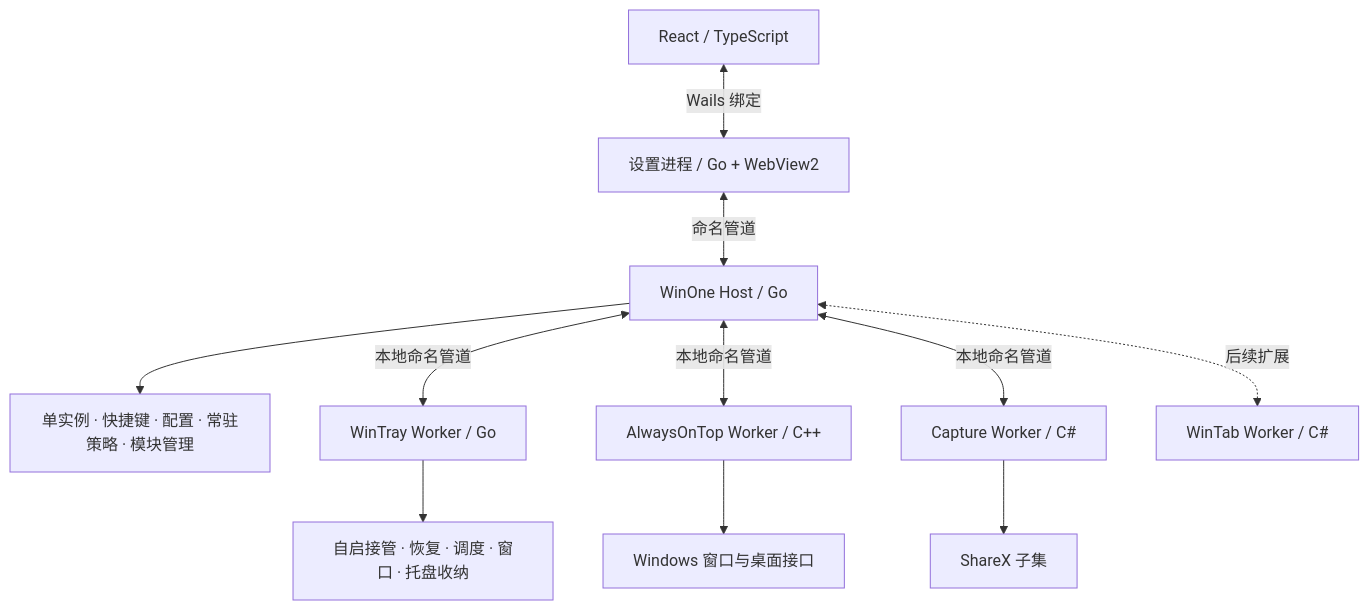
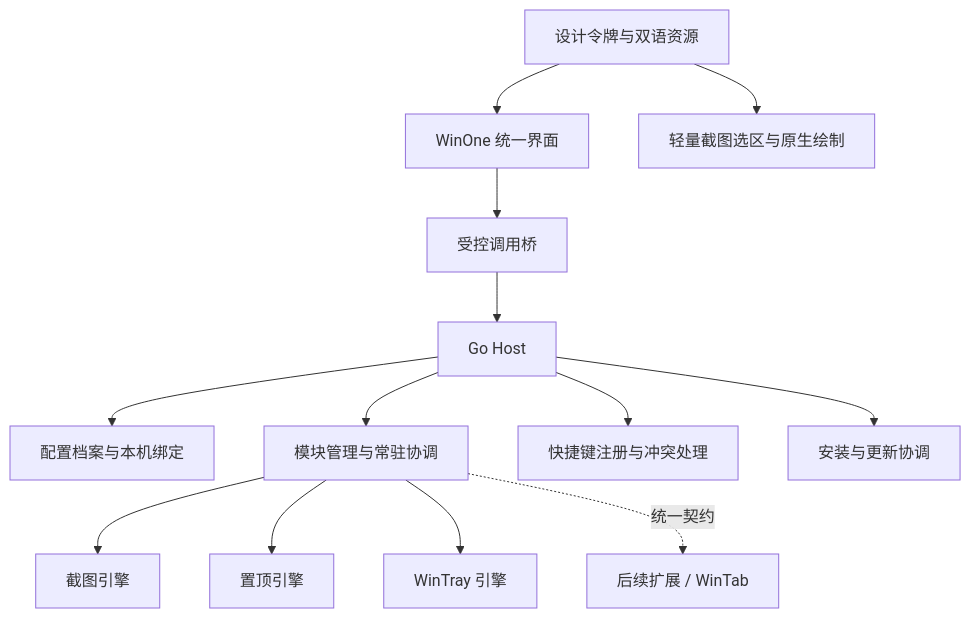
The diagram in docs/WinOne架构与开发计划.md (OUBIGFA/WinOne), drawn with Mermaid before and after one commit. The commit also changed other lines of this file and 1064 other files, not shown here.

Commit message:
feat: prepare WinOne 0.0.1 local preview

````diff
--- a/docs/WinOne架构与开发计划.md
+++ b/docs/WinOne架构与开发计划.md
@@ -63,13 +34,15 @@
 ```mermaid
 flowchart TB
-    UI[React / TypeScript] <-->|Wails 绑定| Desktop[设置进程 / Go + WebView2]
-    Desktop <-->|命名管道| Host[WinOne Host / Go]
-    Host --> Common[单实例 · 快捷键 · 配置 · 常驻策略 · 模块管理]
-    Host <-->|本地命名管道| Tray[WinTray Worker / Go]
-    Host <-->|本地命名管道| Top[AlwaysOnTop Worker / C++]
-    Host <-->|本地命名管道| Capture[Capture Worker / C#]
-    Tray --> Startup[自启接管 · 恢复 · 调度 · 窗口 · 托盘收纳]
-    Top --> Windows[Windows 窗口与桌面接口]
-    Capture --> Engine[ShareX 子集]
-    Host <-.->|后续扩展| Tab[WinTab Worker / C#]
+    UI[WinOne 统一界面] --> Bridge[受控调用桥]
+    Bridge --> Host[Go Host]
+    Host --> Config[配置档案与本机绑定]
+    Host --> Lifecycle[模块管理与常驻协调]
+    Host --> Hotkeys[快捷键注册与冲突处理]
+    Host --> Packages[安装与更新协调]
+    Lifecycle --> Capture[截图引擎]
+    Lifecycle --> Top[置顶引擎]
+    Lifecycle --> Tray[WinTray 引擎]
+    Lifecycle -.统一契约.-> Extensions[后续扩展 / WinTab]
+    Tokens[设计令牌与双语资源] --> UI
+    Tokens --> Overlay[轻量截图选区与原生绘制]
 ```
````
